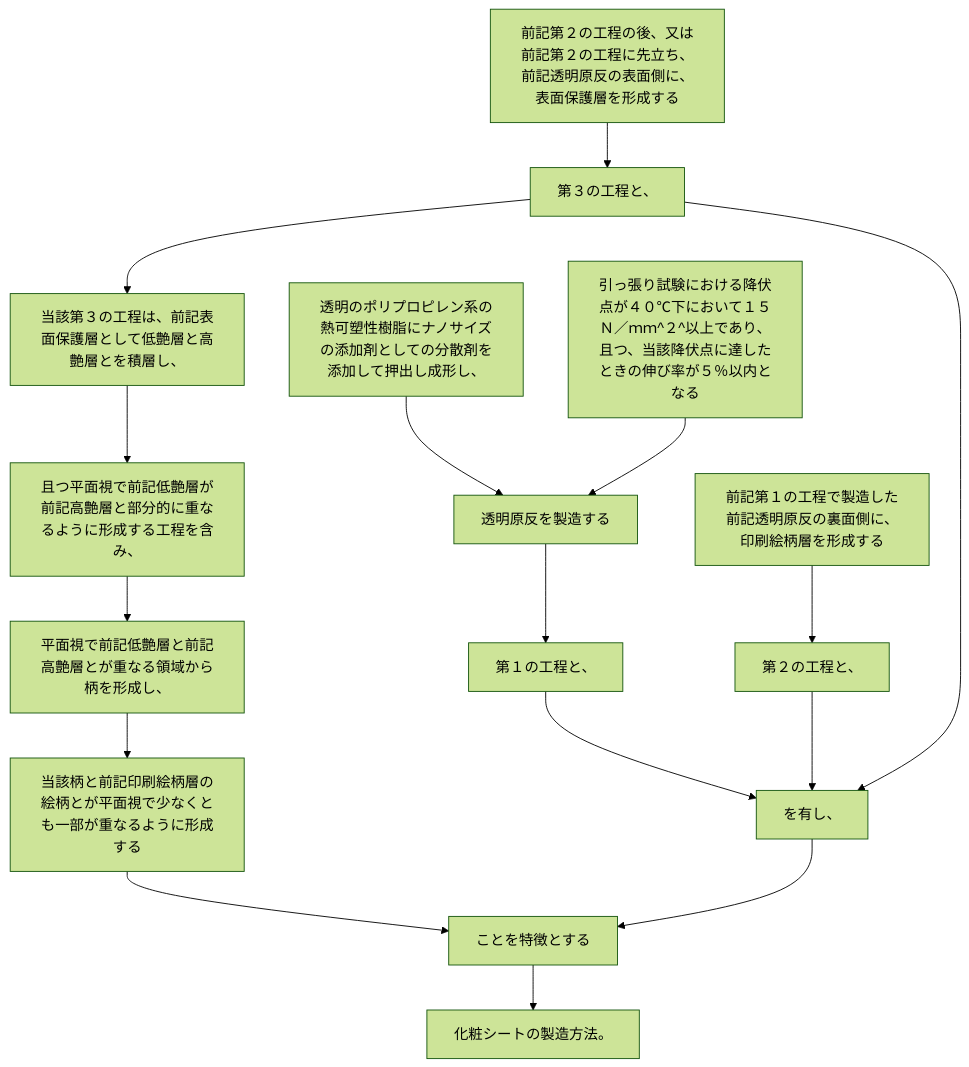
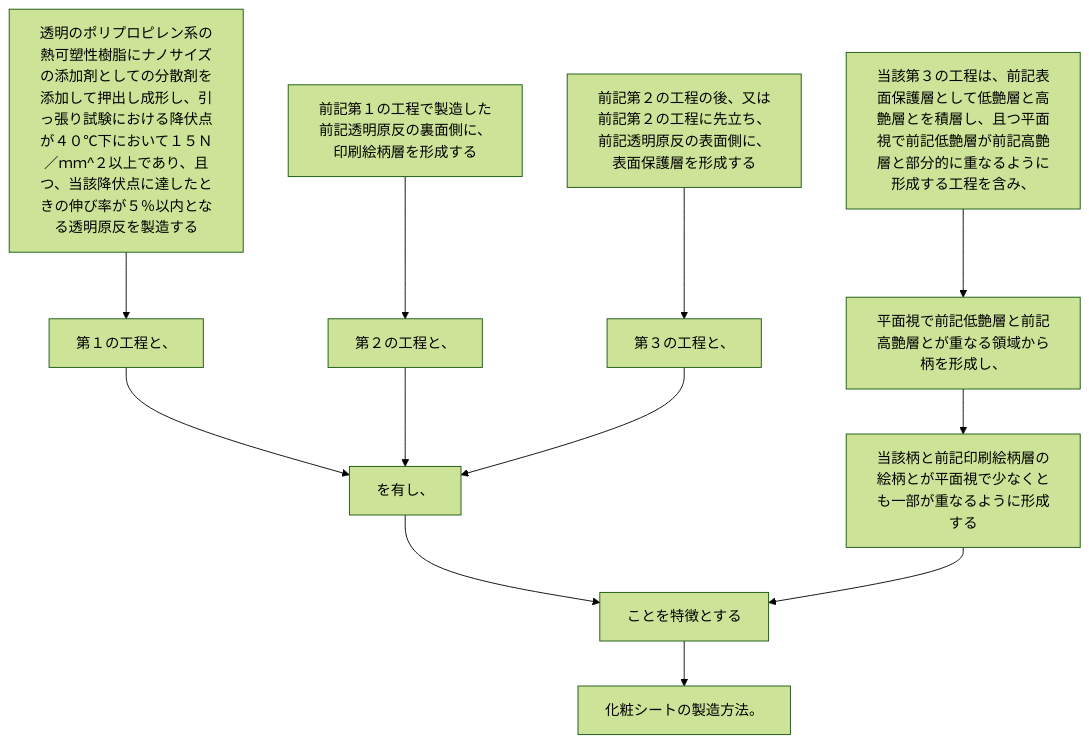
One commit to shinmori55/patent_analyzed changed the diagram in 2024/JP2024006643A/claim_9/README.md. Above: the diagram before and after it, drawn with Mermaid (forest theme). The commit also changed 31 other files, not shown here.

````diff
--- a/2024/JP2024006643A/claim_9/README.md
+++ b/2024/JP2024006643A/claim_9/README.md
@@ -7,34 +7,26 @@
 ```mermaid
 flowchart TD
-A[透明のポリプロピレン系の熱可塑性樹脂にナノサイズの添加剤としての分散剤を添加して押出し成形し、]
-B[引っ張り試験における降伏点が４０℃下において１５Ｎ／ｍｍ^２^以上であり、且つ、当該降伏点に達したときの伸び率が５％以内となる]
-C[透明原反を製造する]
-D[第１の工程と、]
-E[前記第１の工程で製造した前記透明原反の裏面側に、印刷絵柄層を形成する]
-F[第２の工程と、]
-G[前記第２の工程の後、又は前記第２の工程に先立ち、前記透明原反の表面側に、表面保護層を形成する]
-H[第３の工程と、]
-I[を有し、]
-J[当該第３の工程は、前記表面保護層として低艶層と高艶層とを積層し、]
-K[且つ平面視で前記低艶層が前記高艶層と部分的に重なるように形成する工程を含み、]
-L[平面視で前記低艶層と前記高艶層とが重なる領域から柄を形成し、]
-M[当該柄と前記印刷絵柄層の絵柄とが平面視で少なくとも一部が重なるように形成する]
-N[ことを特徴とする]
-O[化粧シートの製造方法。]
-
-A --> C
-B --> C
+A[透明のポリプロピレン系の熱可塑性樹脂にナノサイズの添加剤としての分散剤を添加して押出し成形し、引っ張り試験における降伏点が４０℃下において１５Ｎ／ｍｍ^２以上であり、且つ、当該降伏点に達したときの伸び率が５％以内となる透明原反を製造する]
+B[第１の工程と、]
+C[前記第１の工程で製造した前記透明原反の裏面側に、印刷絵柄層を形成する]
+D[第２の工程と、]
+E[前記第２の工程の後、又は前記第２の工程に先立ち、前記透明原反の表面側に、表面保護層を形成する]
+F[第３の工程と、]
+G[を有し、]
+H[当該第３の工程は、前記表面保護層として低艶層と高艶層とを積層し、且つ平面視で前記低艶層が前記高艶層と部分的に重なるように形成する工程を含み、]
+I[平面視で前記低艶層と前記高艶層とが重なる領域から柄を形成し、]
+J[当該柄と前記印刷絵柄層の絵柄とが平面視で少なくとも一部が重なるように形成する]
+K[ことを特徴とする]
+L[化粧シートの製造方法。]
+A --> B
 C --> D
-D --> I
 E --> F
-F --> I
-G --> H
+B --> G
+D --> G
+F --> G
+G --> K
 H --> I
-H --> J
+I --> J
 J --> K
 K --> L
-L --> M
-M --> N
-I --> N
-N --> O
 ```
````
